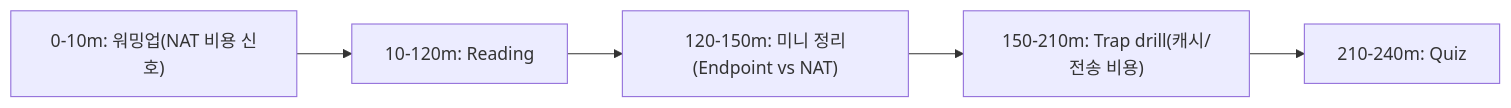
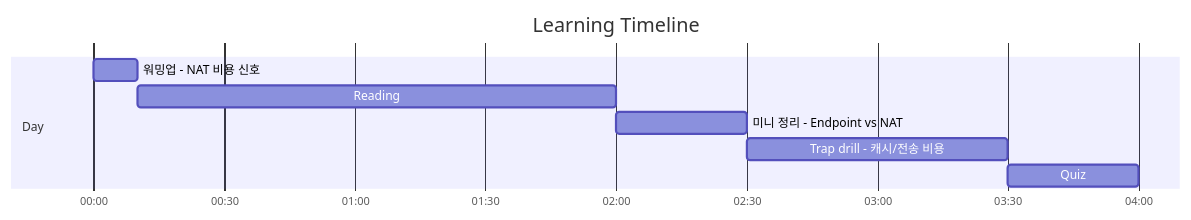
The first of 2 diagrams in aws-saa/week04/day04/README.md (niceguy61/aws-saa-lecture-2026), drawn with Mermaid before and after one commit. The commit also changed 21 other files, not shown here.

Commit message:
docs(aws-saa): use mermaid gantt for learning timelines

````diff
--- a/aws-saa/week04/day04/README.md
+++ b/aws-saa/week04/day04/README.md
@@ -26,7 +26,12 @@
 ```mermaid
-flowchart LR
-  A["0-10m: 워밍업(NAT 비용 신호)"] --> B["10-120m: Reading"]
-  B --> C["120-150m: 미니 정리(Endpoint vs NAT)"]
-  C --> D["150-210m: Trap drill(캐시/전송 비용)"]
-  D --> E["210-240m: Quiz"]
+gantt
+  title Learning Timeline
+  dateFormat  HH:mm
+  axisFormat  %H:%M
+  section Day
+  워밍업 - NAT 비용 신호 :t1, 00:00, 10m
+  Reading :t2, after t1, 110m
+  미니 정리 - Endpoint vs NAT :t3, after t2, 30m
+  Trap drill - 캐시/전송 비용 :t4, after t3, 60m
+  Quiz :t5, after t4, 30m
 ```
````
